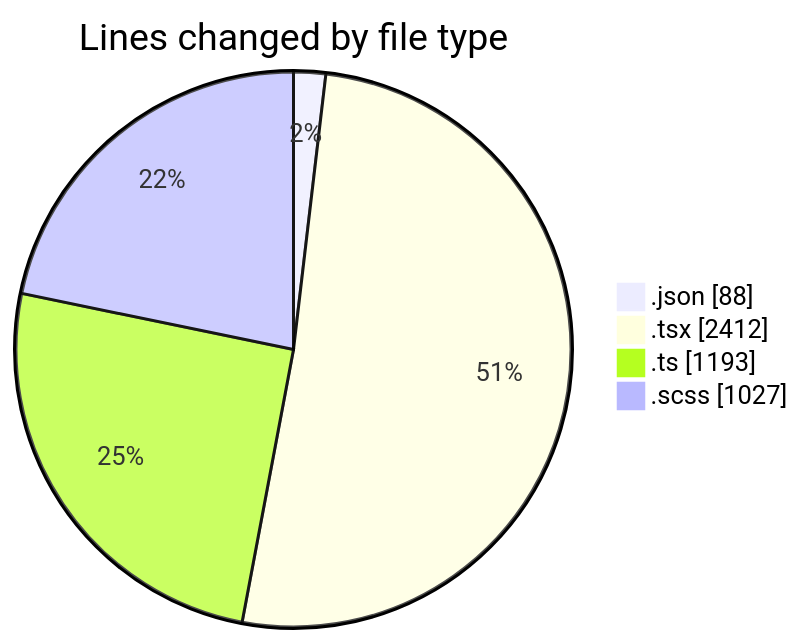
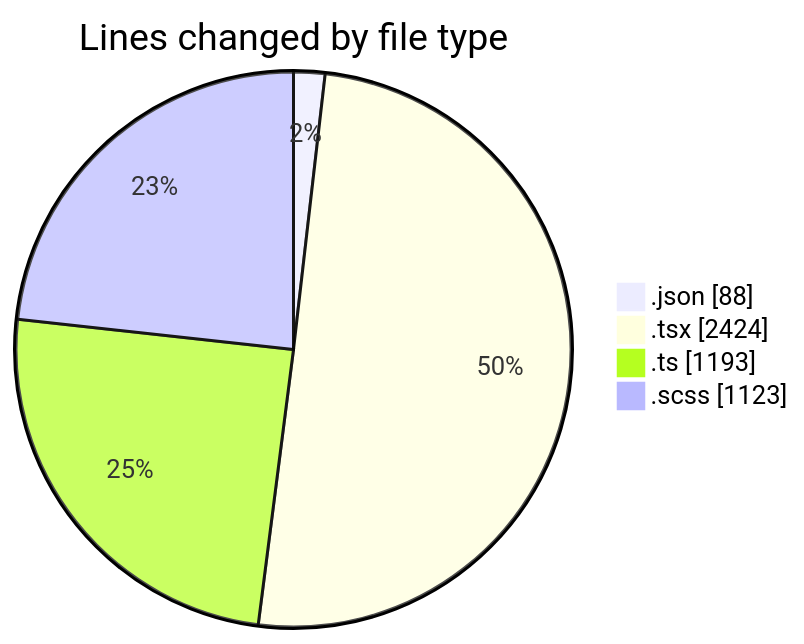
One commit to momahboobian/code-tracking changed the first of 2 diagrams in 2026-10-22/cda/README.md. Above: the diagram before and after it, drawn with Mermaid. The commit also changed other lines of this file and 1 other file, not shown here.

````diff
--- a/2026-10-22/cda/README.md
+++ b/2026-10-22/cda/README.md
@@ -31,8 +31,8 @@
 ```mermaid
 pie showData
 title Lines changed by file type
 ".json" : 88
-".tsx" : 2412
+".tsx" : 2424
 ".ts" : 1193
-".scss" : 1027
+".scss" : 1123
 ```
````
